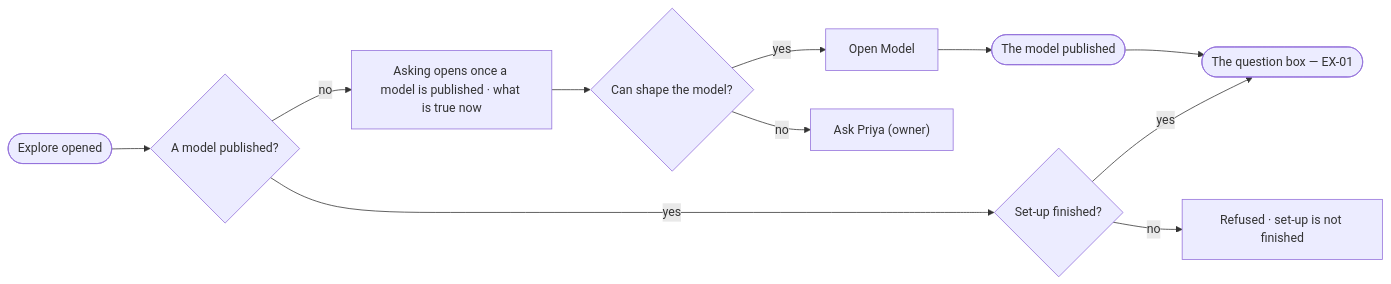
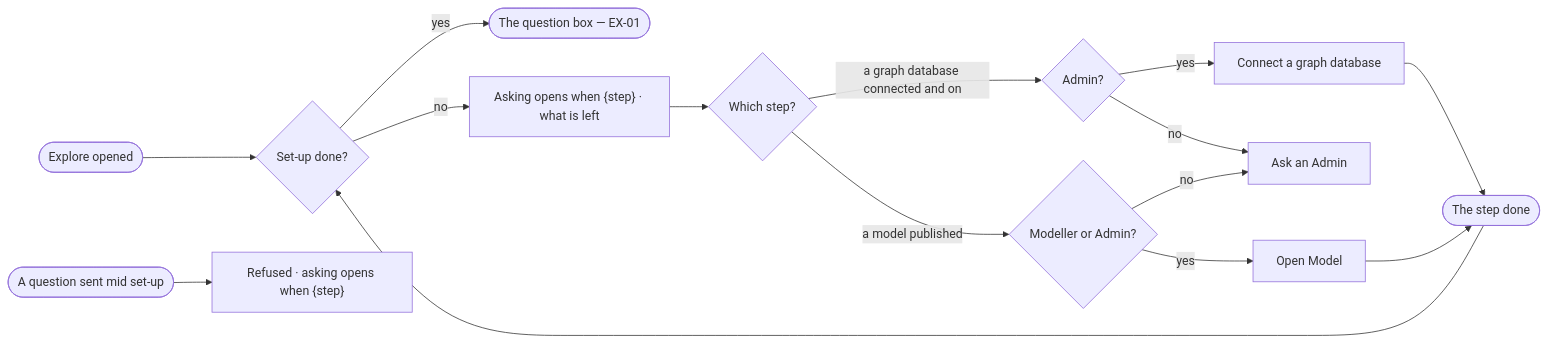
The diagram in specs/capabilities/explore/features/EX-F03-ask-a-question/stories/EX-11-know-what-opens-asking/story.md (invana/invana), drawn with Mermaid before and after one commit. The commit also changed other lines of this file and 522 other files, not shown here.

````diff
--- a/specs/capabilities/explore/features/EX-F03-ask-a-question/stories/EX-11-know-what-opens-asking/story.md
+++ b/specs/capabilities/explore/features/EX-F03-ask-a-question/stories/EX-11-know-what-opens-asking/story.md
@@ -26,11 +25,14 @@
 ```mermaid
 flowchart LR
-  a([Explore opened]) --> p{A model published?}
-  p -->|yes| su{Set-up finished?}
-  su -->|yes| box(["The question box — EX-01"])
-  su -->|no| sn["Refused · set-up is not finished"]
-  p -->|no| l["Asking opens once a model is published · what is true now"]
-  l --> g{Can shape the model?}
-  g -->|yes| m["Open Model"] --> pub([The model published]) --> box
-  g -->|no| ask["Ask Priya (owner)"]
+  a([Explore opened]) --> s{Set-up done?}
+  s -->|yes| box(["The question box — EX-01"])
+  s -->|no| l["Asking opens when {step} · what is left"]
+  l --> st{Which step?}
+  st -->|a graph database connected and on| db{Admin?}
+  db -->|yes| c["Connect a graph database"] --> done([The step done]) --> s
+  db -->|no| ask["Ask an Admin"]
+  st -->|a model published| m{Modeller or Admin?}
+  m -->|yes| om["Open Model"] --> done
+  m -->|no| ask
+  a2([A question sent mid set-up]) --> rf["Refused · asking opens when {step}"]
 ```
````
